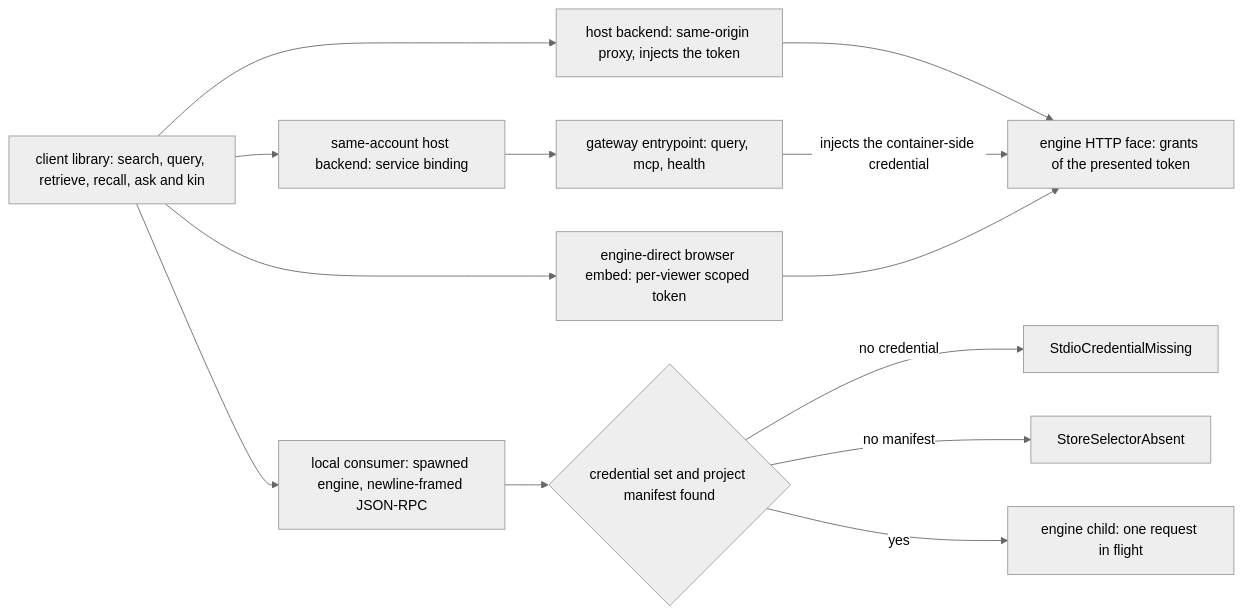
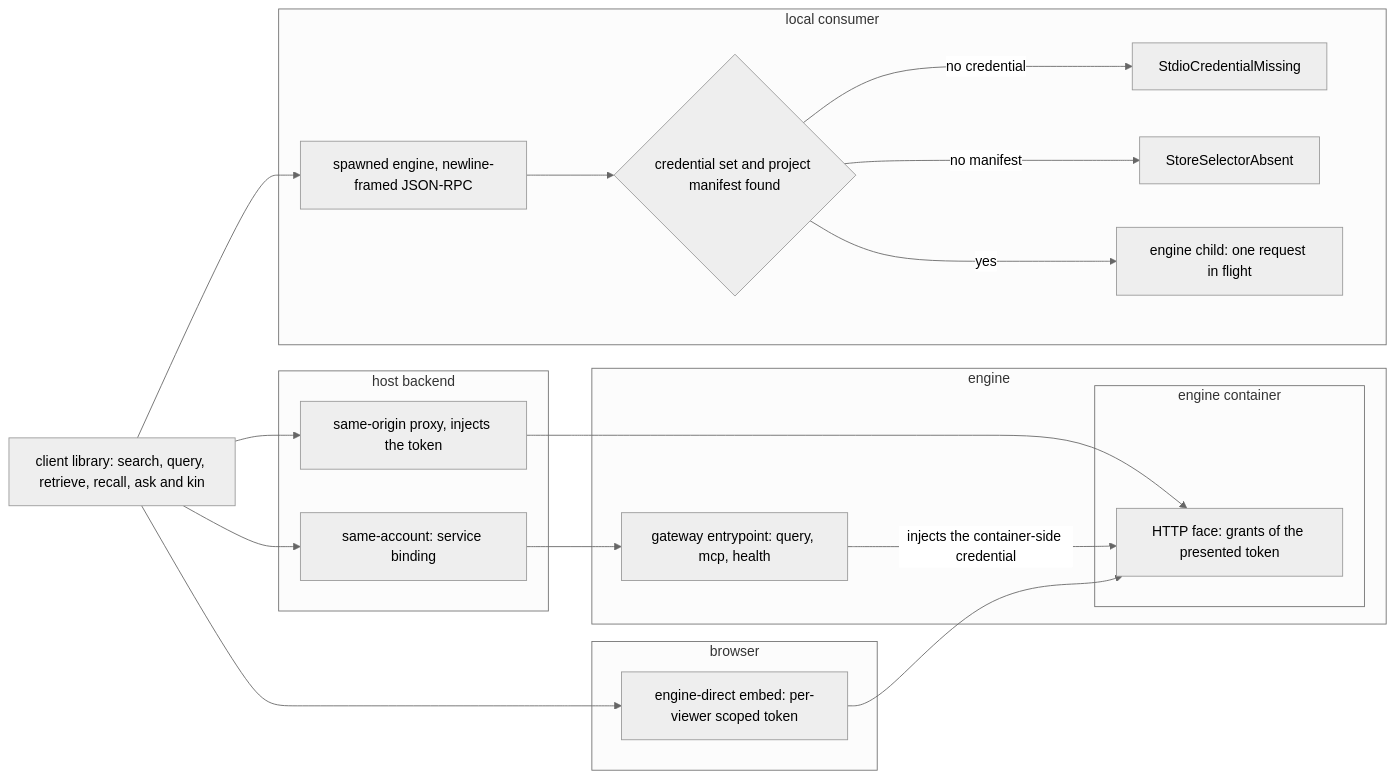
One commit to fractalboxdev/contextful changed the second of 5 diagrams in spec/71-console.md. Above: the diagram before and after it, drawn with Mermaid (neutral theme). The commit also changed other lines of this file and 33 other files, not shown here.

Commit message:
spec: diagrams draw contracts, parties and trust zones as containers; a node standing for one is refused

````diff
--- a/spec/71-console.md
+++ b/spec/71-console.md
@@ -86,16 +99,36 @@
 ```mermaid
 flowchart LR
   LIB["client library: search, query, retrieve, recall, ask and kin"]
-  LIB --> S1["host backend: same-origin proxy, injects the token"]
-  LIB --> S2["same-account host backend: service binding"]
-  LIB --> S3["engine-direct browser embed: per-viewer scoped token"]
-  LIB --> S4["local consumer: spawned engine, newline-framed JSON-RPC"]
-  S1 --> ENG["engine HTTP face: grants of the presented token"]
-  S2 --> GW["gateway entrypoint: query, mcp, health"]
+  subgraph host["host backend"]
+    S1["same-origin proxy, injects the token"]
+    S2["same-account: service binding"]
+  end
+  subgraph browser["browser"]
+    S3["engine-direct embed: per-viewer scoped token"]
+  end
+  subgraph local["local consumer"]
+    S4["spawned engine, newline-framed JSON-RPC"]
+    CK{"credential set and project manifest found"}
+    E1["StdioCredentialMissing"]
+    E2["StoreSelectorAbsent"]
+    CHILD["engine child: one request in flight"]
+  end
+  subgraph engine["engine"]
+    GW["gateway entrypoint: query, mcp, health"]
+    subgraph container["engine container"]
+      ENG["HTTP face: grants of the presented token"]
+    end
+  end
+  LIB --> S1
+  LIB --> S2
+  LIB --> S3
+  LIB --> S4
+  S1 --> ENG
+  S2 --> GW
   GW -- "injects the container-side credential" --> ENG
   S3 --> ENG
-  S4 --> CK{"credential set and project manifest found"}
-  CK -- "no credential" --> E1["StdioCredentialMissing"]
-  CK -- "no manifest" --> E2["StoreSelectorAbsent"]
-  CK -- "yes" --> CHILD["engine child: one request in flight"]
+  S4 --> CK
+  CK -- "no credential" --> E1
+  CK -- "no manifest" --> E2
+  CK -- "yes" --> CHILD
 ```
````
